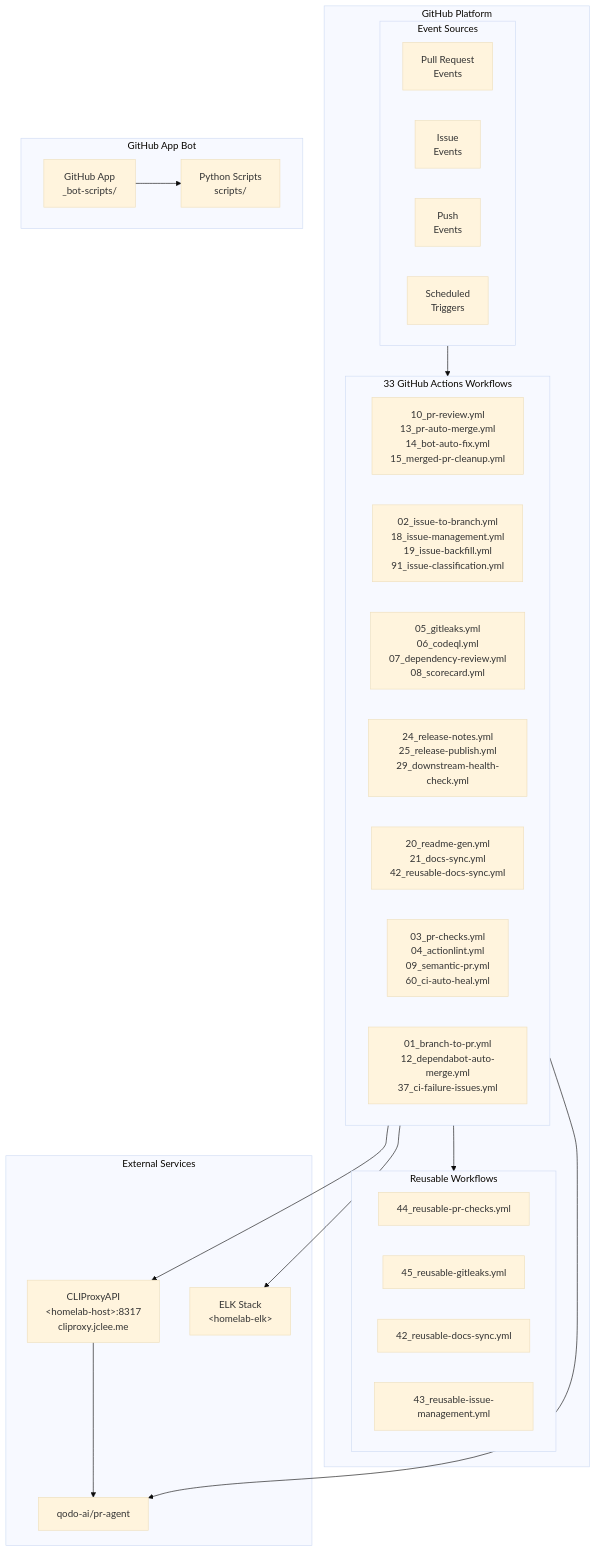
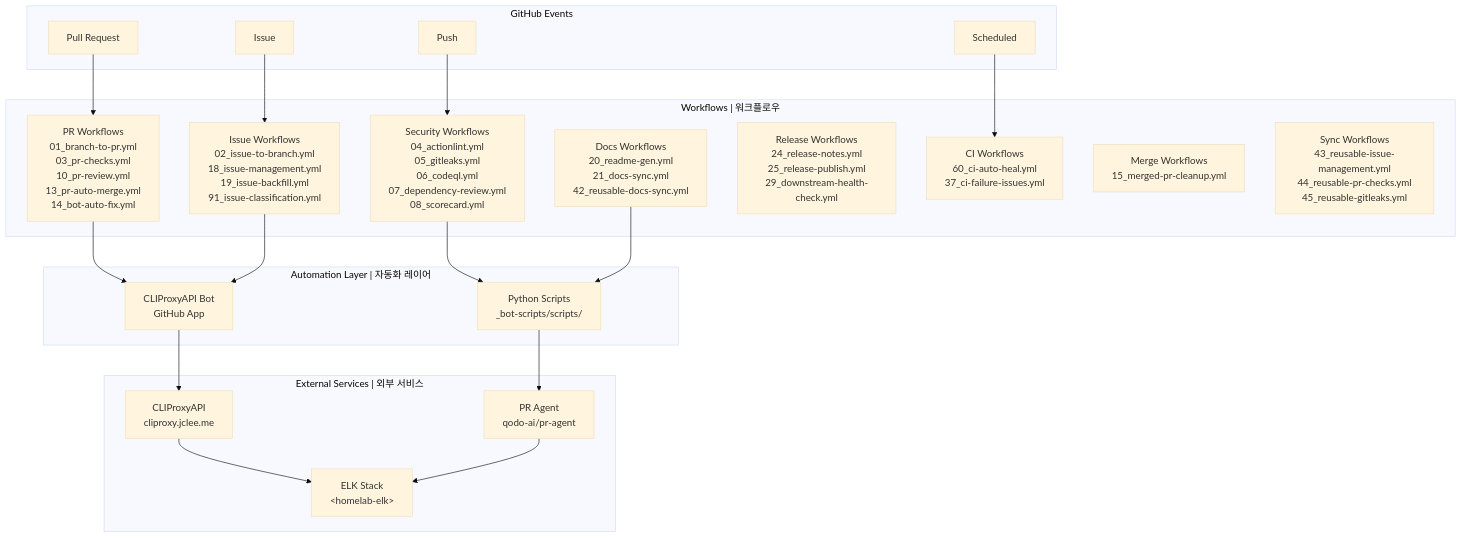
The diagram in README.md (jclee941/splunk), drawn with Mermaid (base theme) before and after one commit. The commit also changed other lines of this file, not shown here.

Commit message:
docs: auto-update README.md

````diff
--- a/README.md
+++ b/README.md
@@ -89,47 +84,47 @@
 ```mermaid
 flowchart TB
-    subgraph GitHub["GitHub Platform"]
-        subgraph Events["Event Sources"]
-            PR["Pull Request<br/>Events"]
-            Issue["Issue<br/>Events"]
-            Push["Push<br/>Events"]
-            Schedule["Scheduled<br/>Triggers"]
-        end
-
-        subgraph Workflows["33 GitHub Actions Workflows"]
-            PR_WF["10_pr-review.yml<br/>13_pr-auto-merge.yml<br/>14_bot-auto-fix.yml<br/>15_merged-pr-cleanup.yml"]
-            Issue_WF["02_issue-to-branch.yml<br/>18_issue-management.yml<br/>19_issue-backfill.yml<br/>91_issue-classification.yml"]
-            Security_WF["05_gitleaks.yml<br/>06_codeql.yml<br/>07_dependency-review.yml<br/>08_scorecard.yml"]
-            Release_WF["24_release-notes.yml<br/>25_release-publish.yml<br/>29_downstream-health-check.yml"]
-            Docs_WF["20_readme-gen.yml<br/>21_docs-sync.yml<br/>42_reusable-docs-sync.yml"]
-            CI_WF["03_pr-checks.yml<br/>04_actionlint.yml<br/>09_semantic-pr.yml<br/>60_ci-auto-heal.yml"]
-            Special_WF["01_branch-to-pr.yml<br/>12_dependabot-auto-merge.yml<br/>37_ci-failure-issues.yml"]
-        end
-
-        subgraph Reusable["Reusable Workflows"]
-            RW_PR["44_reusable-pr-checks.yml"]
-            RW_Gitleaks["45_reusable-gitleaks.yml"]
-            RW_Docs["42_reusable-docs-sync.yml"]
-            RW_Issue["43_reusable-issue-management.yml"]
-        end
+    subgraph "GitHub Events"
+        PR["Pull Request"]
+        ISSUE["Issue"]
+        PUSH["Push"]
+        SCHEDULE["Scheduled"]
     end
 
-    subgraph External["External Services"]
-        CLIP["CLIProxyAPI<br/>&lt;homelab-host&gt;:8317<br/>cliproxy.jclee.me"]
-        PRA["qodo-ai/pr-agent"]
+    subgraph "Workflows | 워크플로우"
+        PR_WORKFLOWS["PR Workflows<br/>01_branch-to-pr.yml<br/>03_pr-checks.yml<br/>10_pr-review.yml<br/>13_pr-auto-merge.yml<br/>14_bot-auto-fix.yml"]
+        ISSUE_WORKFLOWS["Issue Workflows<br/>02_issue-to-branch.yml<br/>18_issue-management.yml<br/>19_issue-backfill.yml<br/>91_issue-classification.yml"]
+        SECURITY_WORKFLOWS["Security Workflows<br/>04_actionlint.yml<br/>05_gitleaks.yml<br/>06_codeql.yml<br/>07_dependency-review.yml<br/>08_scorecard.yml"]
+        DOC_WORKFLOWS["Docs Workflows<br/>20_readme-gen.yml<br/>21_docs-sync.yml<br/>42_reusable-docs-sync.yml"]
+        RELEASE_WORKFLOWS["Release Workflows<br/>24_release-notes.yml<br/>25_release-publish.yml<br/>29_downstream-health-check.yml"]
+        CI_WORKFLOWS["CI Workflows<br/>60_ci-auto-heal.yml<br/>37_ci-failure-issues.yml"]
+        MERGE_WORKFLOWS["Merge Workflows<br/>15_merged-pr-cleanup.yml"]
+        SYNC_WORKFLOWS["Sync Workflows<br/>43_reusable-issue-management.yml<br/>44_reusable-pr-checks.yml<br/>45_reusable-gitleaks.yml"]
+    end
+
+    subgraph "Automation Layer | 자동화 레이어"
+        BOT["CLIProxyAPI Bot<br/>GitHub App"]
+        SCRIPTS["Python Scripts<br/>_bot-scripts/scripts/"]
+    end
+
+    subgraph "External Services | 외부 서비스"
+        CLIPROXY["CLIProxyAPI<br/>cliproxy.jclee.me"]
+        PRAGENT["PR Agent<br/>qodo-ai/pr-agent"]
         ELK["ELK Stack<br/>&lt;homelab-elk&gt;"]
     end
 
-    subgraph Bot["GitHub App Bot"]
-        App["GitHub App<br/>_bot-scripts/"]
-        Scripts["Python Scripts<br/>scripts/"]
-    end
+    PR --> PR_WORKFLOWS
+    ISSUE --> ISSUE_WORKFLOWS
+    PUSH --> SECURITY_WORKFLOWS
+    SCHEDULE --> CI_WORKFLOWS
 
-    Events --> Workflows
-    Workflows --> Reusable
-    Workflows --> CLIP
-    Workflows --> PRA
-    Workflows --> ELK
-    App --> Scripts
-    CLIP --> PRA
+    PR_WORKFLOWS --> BOT
+    ISSUE_WORKFLOWS --> BOT
+    SECURITY_WORKFLOWS --> SCRIPTS
+    DOC_WORKFLOWS --> SCRIPTS
+
+    BOT --> CLIPROXY
+    SCRIPTS --> PRAGENT
+
+    CLIPROXY --> ELK
+    PRAGENT --> ELK
 ```
````
